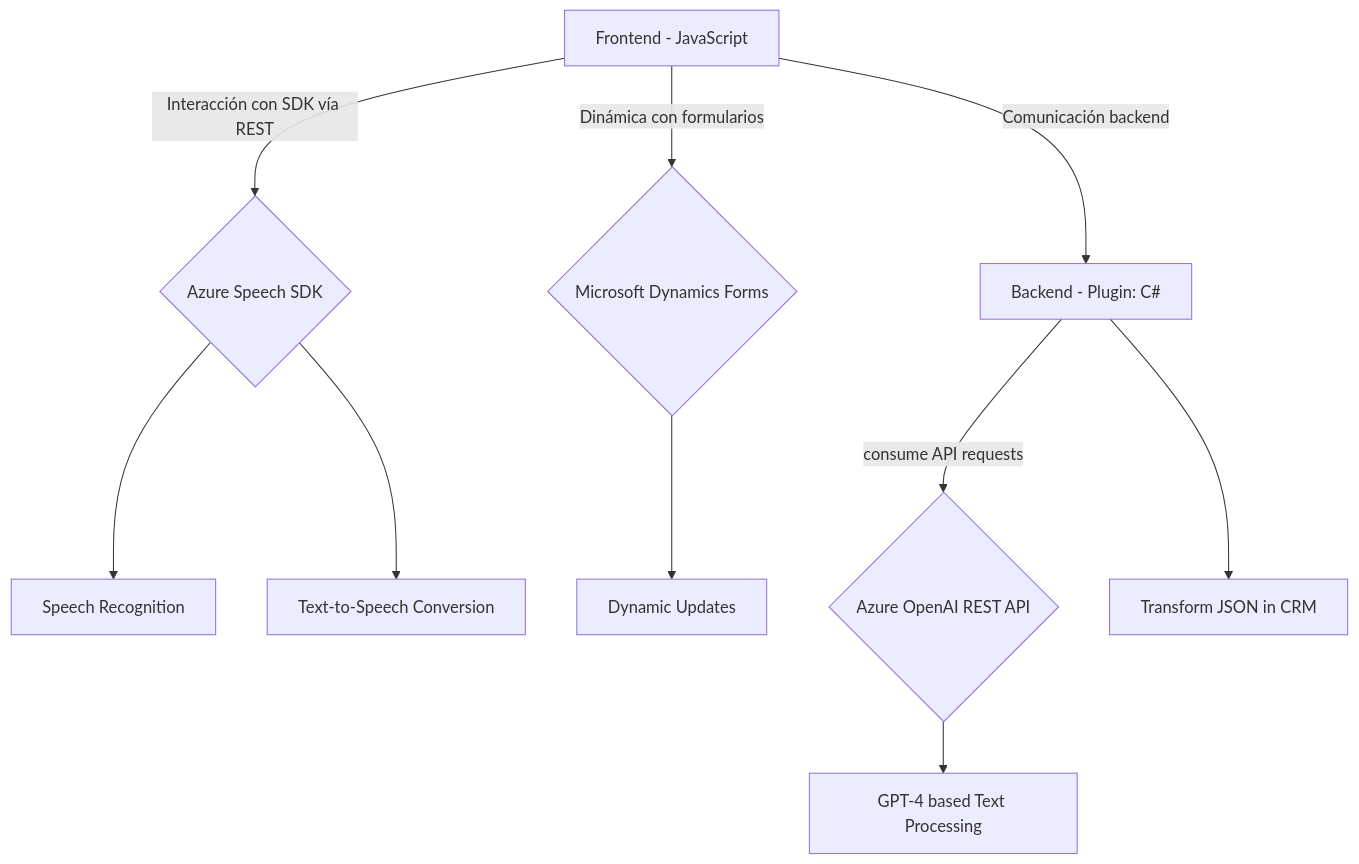
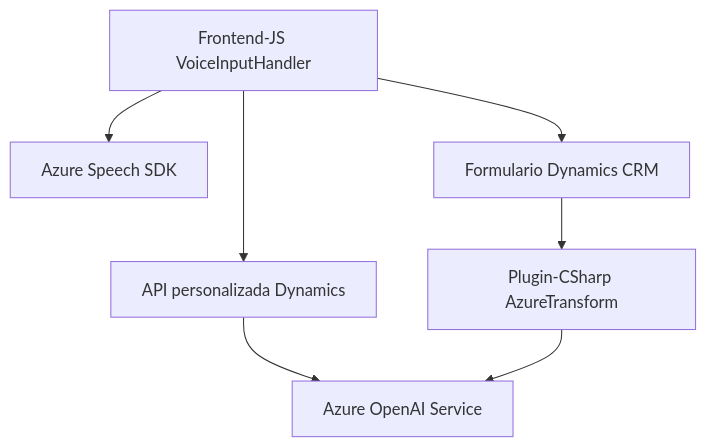
Before and after one commit to blopezdm/NETCORE_BILBAO2025: the diagram in README.md, drawn with Mermaid. The commit also changed other lines of this file, not shown here.

Commit message:
Actualizar análisis global de la solución con IA

````diff
--- a/README.md
+++ b/README.md
@@ -38,12 +58,16 @@
 ```mermaid
 graph TD
-  A["Frontend - JavaScript"] -- Interacción con SDK vía REST --> B{"Azure Speech SDK"}
-  A["Frontend - JavaScript"] -- Dinámica con formularios --> C{"Microsoft Dynamics Forms"}
-  B --> I["Speech Recognition"]
-  B --> J["Text-to-Speech Conversion"]
-  C --> E["Dynamic Updates"]
-  D["Backend - Plugin: C#"] -- consume API requests --> F{"Azure OpenAI REST API"}
-  F --> K["GPT-4 based Text Processing"]
-  D --> G["Transform JSON in CRM"]
-  A["Frontend - JavaScript"] -- Comunicación backend --> D
+    A["Frontend-JS VoiceInputHandler"]
+    B["API personalizada Dynamics"]
+    C["Azure Speech SDK"]
+    D["Azure OpenAI Service"]
+    E["Plugin-CSharp AzureTransform"]
+    F["Formulario Dynamics CRM"]
+
+    A --> F
+    A --> C
+    A --> B
+    B --> D
+    F --> E
+    E --> D
 ```
````
